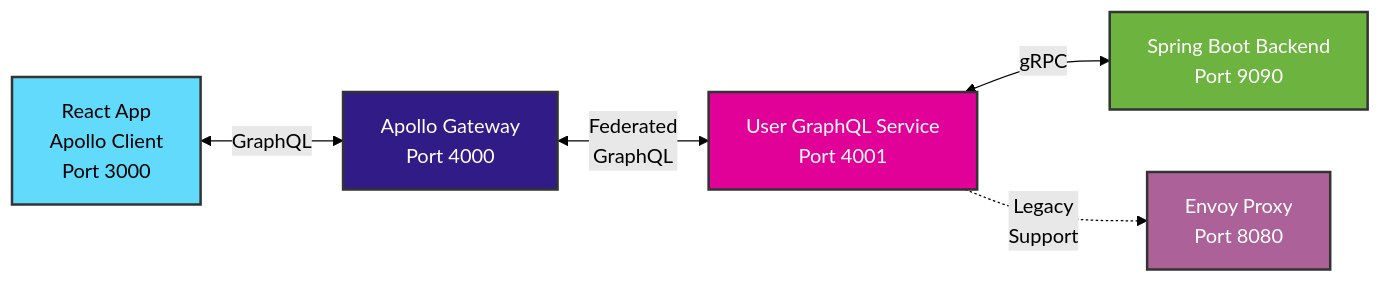
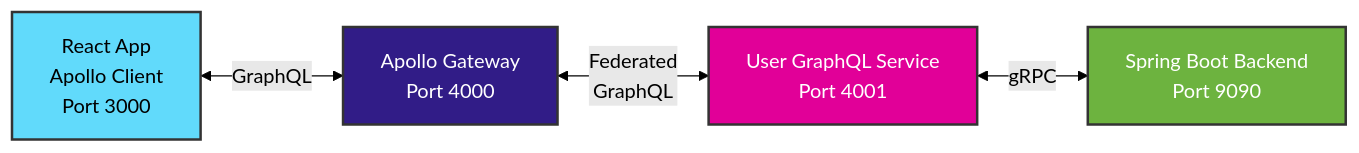
Before and after one commit to jrgleason/grpc-spring-react-example: the diagram in README.md, drawn with Mermaid (forest theme). The commit also changed other lines of this file and 28 other files, not shown here.

````diff
--- a/README.md
+++ b/README.md
@@ -9,13 +9,11 @@
 ```mermaid
 graph LR
     A[React App<br/>Apollo Client<br/>Port 3000] <-->|GraphQL| B[Apollo Gateway<br/>Port 4000]
     B <-->|Federated<br/>GraphQL| C[User GraphQL Service<br/>Port 4001]
     C <-->|gRPC| D[Spring Boot Backend<br/>Port 9090]
-    C -.->|Legacy<br/>Support| E[Envoy Proxy<br/>Port 8080]
     
     style A fill:#61dafb,stroke:#333,stroke-width:2px,color:#000
     style B fill:#311c87,stroke:#333,stroke-width:2px,color:#fff
     style C fill:#e10098,stroke:#333,stroke-width:2px,color:#fff
     style D fill:#6db33f,stroke:#333,stroke-width:2px,color:#fff
-    style E fill:#ac6199,stroke:#333,stroke-width:2px,color:#fff
 ```
````
